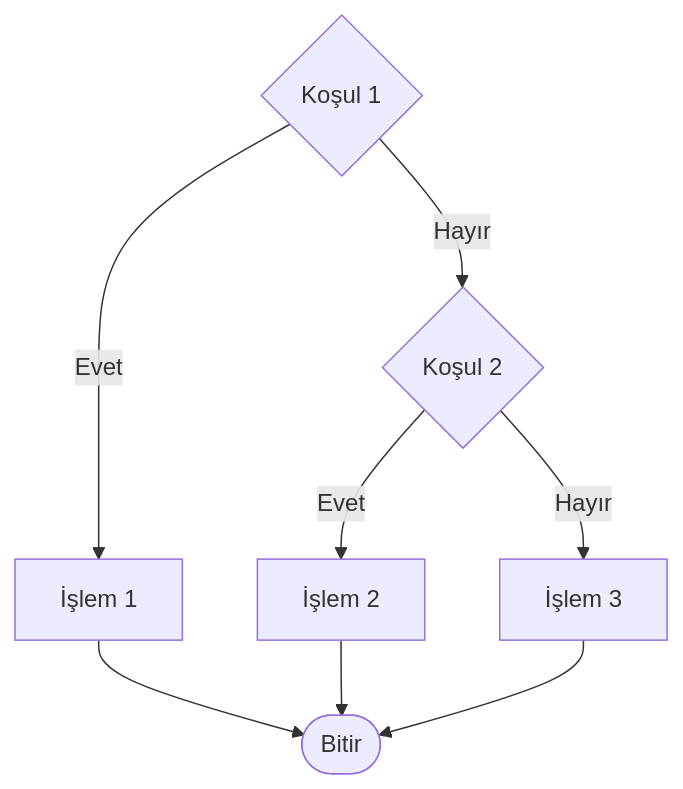
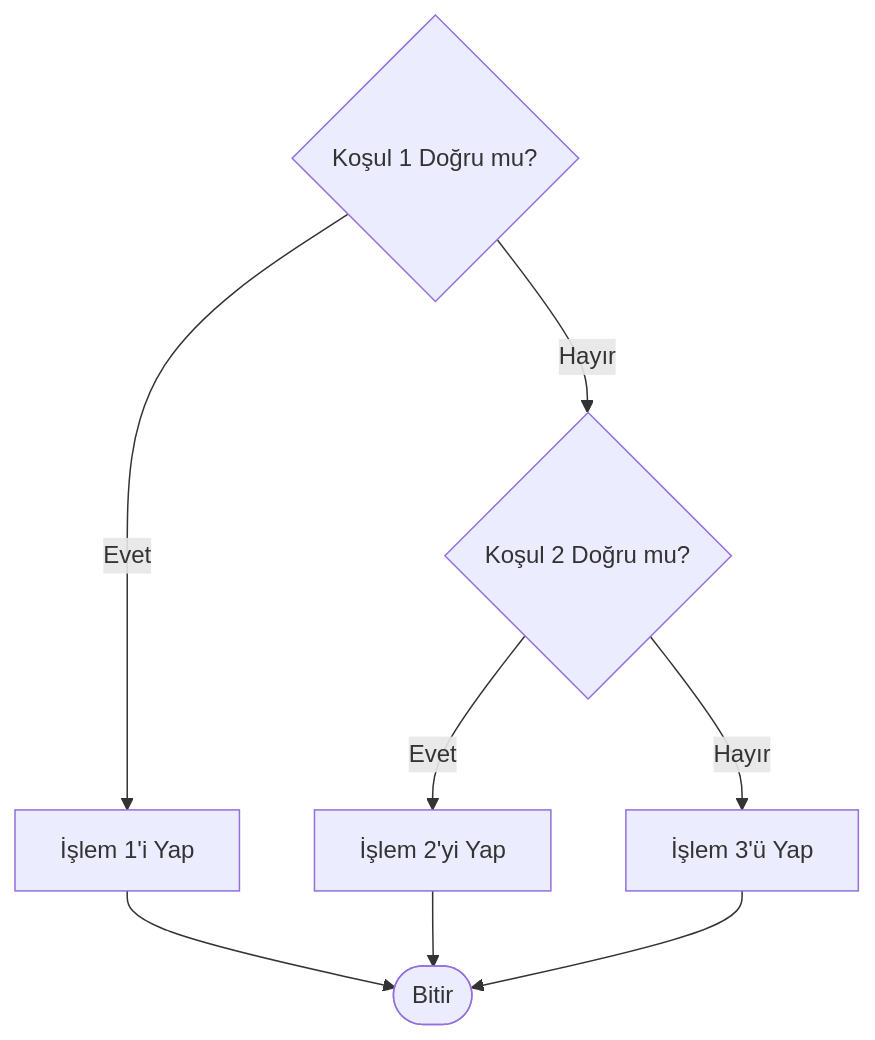
One commit to abdullatifkaban/Algorithm changed the fourth of 6 diagrams in Topics/01-What-Is-Algorithm.md. Above: the diagram before and after it, drawn with Mermaid. The commit also changed other lines of this file, not shown here.

````diff
--- a/Topics/01-What-Is-Algorithm.md
+++ b/Topics/01-What-Is-Algorithm.md
@@ -155,10 +157,10 @@
 ```mermaid
 flowchart TD
-    A{Koşul 1} -->|Evet| B[İşlem 1]
-    A -->|Hayır| C{Koşul 2}
-    C -->|Evet| D[İşlem 2]
-    C -->|Hayır| E[İşlem 3]
+    A{Koşul 1 Doğru mu?} -->|Evet| B[İşlem 1'i Yap]
+    A -->|Hayır| C{Koşul 2 Doğru mu?}
+    C -->|Evet| D[İşlem 2'yi Yap]
+    C -->|Hayır| E[İşlem 3'ü Yap]
     B --> Z([Bitir])
     D --> Z
     E --> Z
 ```
````
